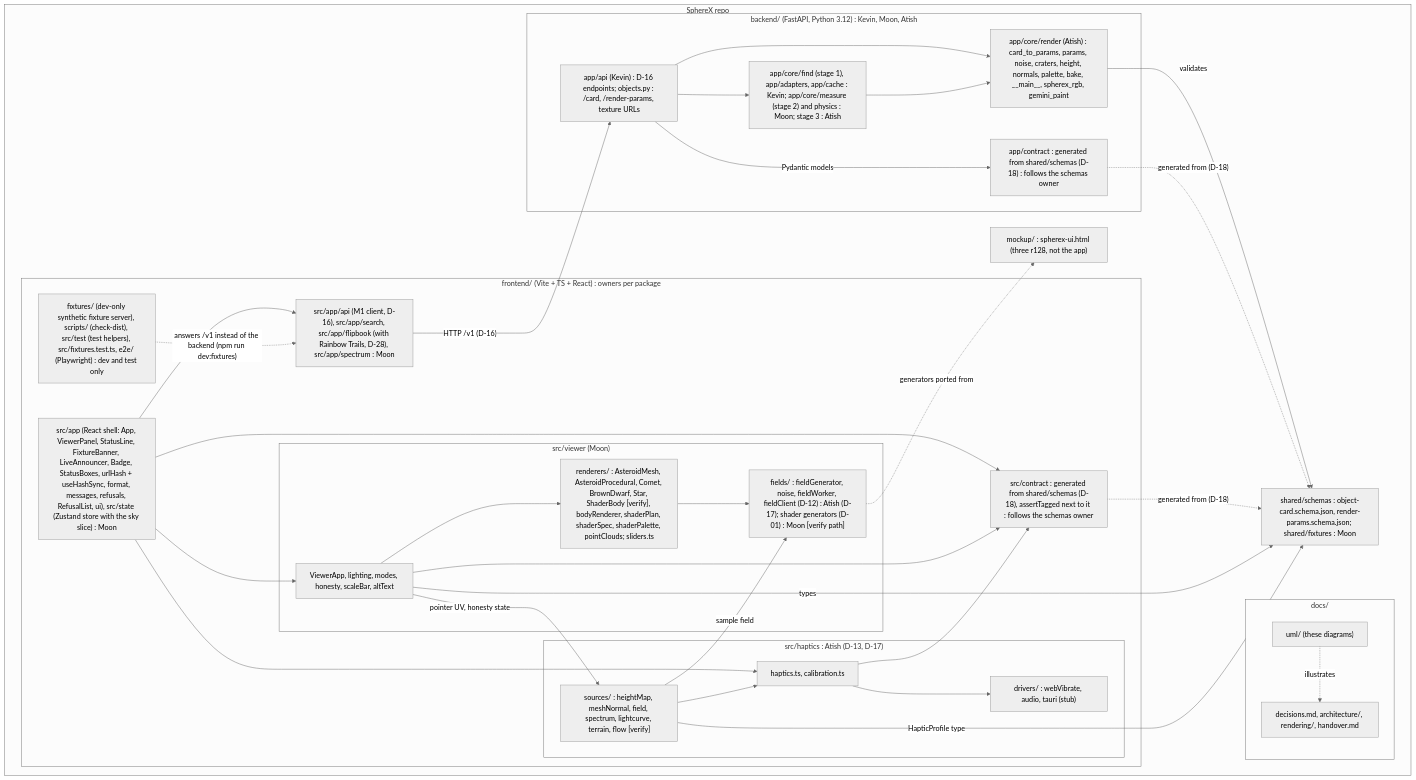
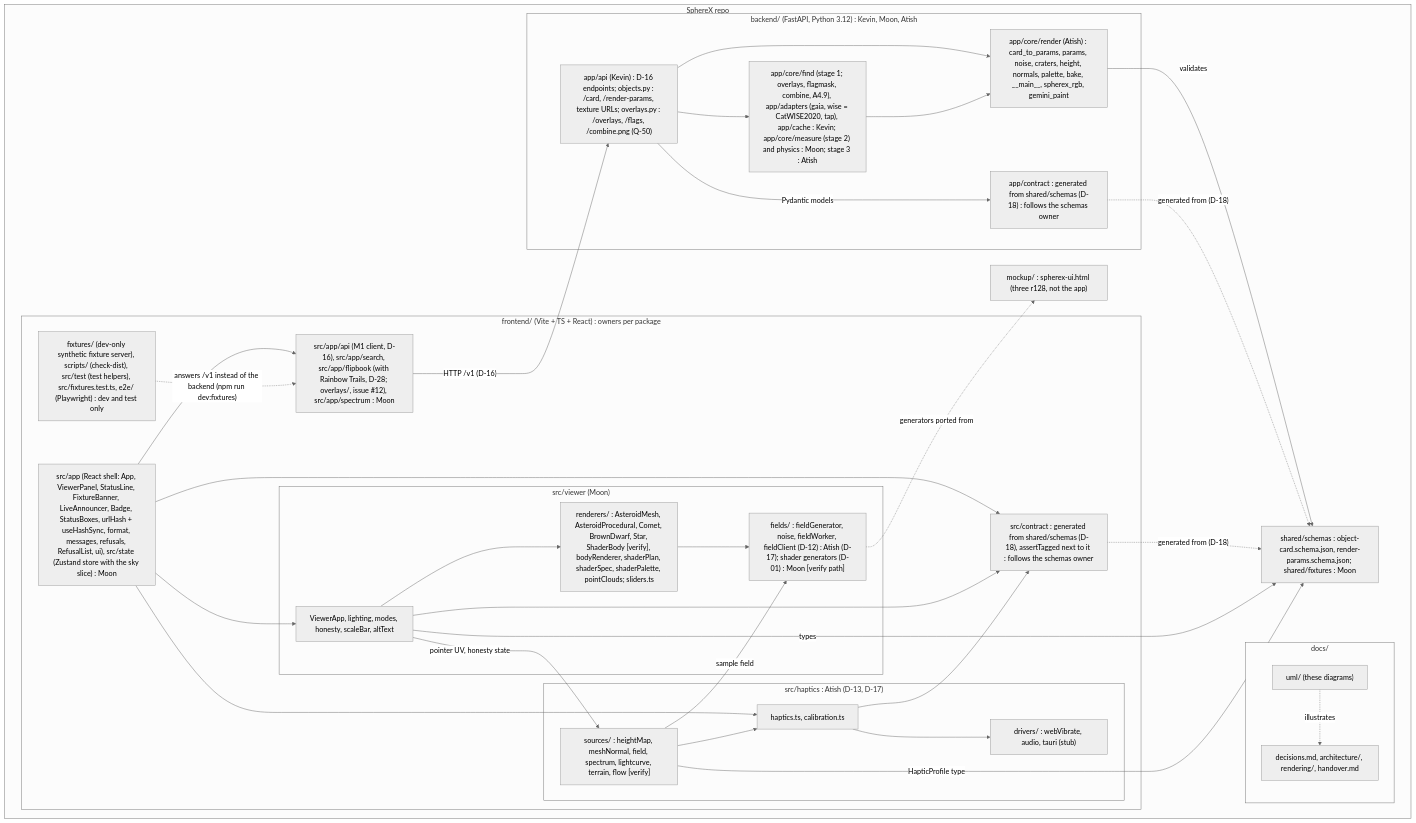
One commit to 0ffrian/SphereX changed the diagram in docs/uml/04-package.md. Above: the diagram before and after it, drawn with Mermaid (neutral theme). The commit also changed other lines of this file and 13 other files, not shown here.

First line of the commit message:
Docs for the overlay endpoints (#32 review B3): D-16 note, A3.2, A3.3, A4.9, A1.1, plan, UML 01/02/04/08

````diff
--- a/docs/uml/04-package.md
+++ b/docs/uml/04-package.md
@@ -5,64 +5,64 @@
 ```mermaid
 flowchart TB
   subgraph Repo["SphereX repo"]
     subgraph Docs["docs/"]
       DocSpecs["decisions.md, architecture/, rendering/, handover.md"]
       DocUML["uml/ (these diagrams)"]
     end
 
     Mockup["mockup/ : spherex-ui.html (three r128, not the app)"]
 
     subgraph Backend["backend/ (FastAPI, Python 3.12) : Kevin, Moon, Atish"]
-      BApi["app/api (Kevin) : D-16 endpoints; objects.py : /card, /render-params, texture URLs"]
-      BPipe["app/core/find (stage 1), app/adapters, app/cache : Kevin; app/core/measure (stage 2) and physics : Moon; stage 3 : Atish"]
+      BApi["app/api (Kevin) : D-16 endpoints; objects.py : /card, /render-params, texture URLs; overlays.py : /overlays, /flags, /combine.png (Q-50)"]
+      BPipe["app/core/find (stage 1; overlays, flagmask, combine, A4.9), app/adapters (gaia, wise = CatWISE2020, tap), app/cache : Kevin; app/core/measure (stage 2) and physics : Moon; stage 3 : Atish"]
       BRender["app/core/render (Atish) : card_to_params, params, noise, craters, height, normals, palette, bake, __main__, spherex_rgb, gemini_paint"]
       BContract["app/contract : generated from shared/schemas (D-18) : follows the schemas owner"]
     end
 
     subgraph Frontend["frontend/ (Vite + TS + React) : owners per package"]
       FApp["src/app (React shell: App, ViewerPanel, StatusLine, FixtureBanner, LiveAnnouncer, Badge, StatusBoxes, urlHash + useHashSync, format, messages, refusals, RefusalList, ui), src/state (Zustand store with the sky slice) : Moon"]
-      FFlip["src/app/api (M1 client, D-16), src/app/search, src/app/flipbook (with Rainbow Trails, D-28), src/app/spectrum : Moon"]
+      FFlip["src/app/api (M1 client, D-16), src/app/search, src/app/flipbook (with Rainbow Trails, D-28; overlays/, issue #12), src/app/spectrum : Moon"]
       FDev["fixtures/ (dev-only synthetic fixture server), scripts/ (check-dist), src/test (test helpers), src/fixtures.test.ts, e2e/ (Playwright) : dev and test only"]
       FContract["src/contract : generated from shared/schemas (D-18), assertTagged next to it : follows the schemas owner"]
       subgraph FViewer["src/viewer (Moon)"]
         VCore["ViewerApp, lighting, modes, honesty, scaleBar, altText"]
         VRend["renderers/ : AsteroidMesh, AsteroidProcedural, Comet, BrownDwarf, Star, ShaderBody [verify], bodyRenderer, shaderPlan, shaderSpec, shaderPalette, pointClouds; sliders.ts"]
         VFields["fields/ : fieldGenerator, noise, fieldWorker, fieldClient (D-12) : Atish (D-17); shader generators (D-01) : Moon [verify path]"]
       end
       subgraph FHaptics["src/haptics : Atish (D-13, D-17)"]
         HCore["haptics.ts, calibration.ts"]
         HDrivers["drivers/ : webVibrate, audio, tauri (stub)"]
         HSources["sources/ : heightMap, meshNormal, field, spectrum, lightcurve, terrain, flow [verify]"]
       end
     end
 
     Schemas["shared/schemas : object-card.schema.json, render-params.schema.json; shared/fixtures : Moon"]
   end
 
   DocUML -.->|"illustrates"| DocSpecs
   BApi --> BPipe
   BApi --> BRender
   BPipe --> BRender
   BRender -->|"validates"| Schemas
   BApi -->|"Pydantic models"| BContract
   BContract -.->|"generated from (D-18)"| Schemas
 
   FApp --> VCore
   FApp --> FContract
   VCore --> FContract
   HCore --> FContract
   FContract -.->|"generated from (D-18)"| Schemas
   FApp --> HCore
   FApp --> FFlip
   FFlip -->|"HTTP /v1 (D-16)"| BApi
   FDev -.->|"answers /v1 instead of the backend (npm run dev:fixtures)"| FFlip
   VCore --> VRend
   VRend --> VFields
   VCore -->|"pointer UV, honesty state"| HSources
   HSources --> HCore
   HSources -->|"sample field"| VFields
   HCore --> HDrivers
   VCore -->|"types"| Schemas
   HSources -->|"HapticProfile type"| Schemas
   VFields -.->|"generators ported from"| Mockup
 ```
````
